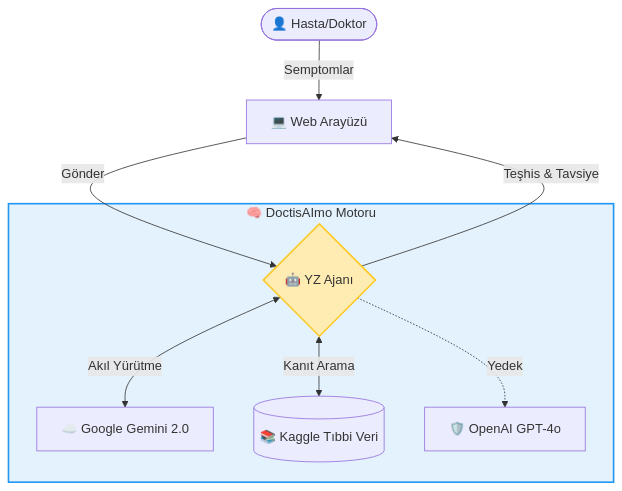
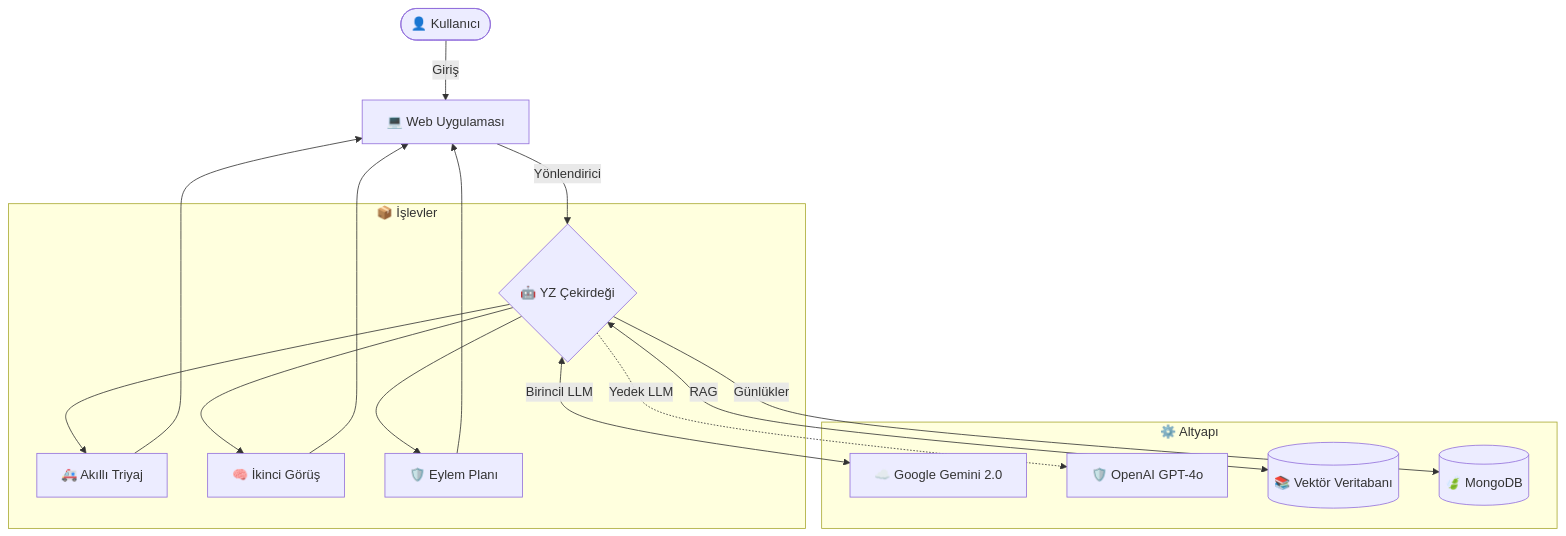
The eighth of 8 diagrams in README.md (Adam-Blf/Projet-IA-Generative-Doctis-AI-mo), drawn with Mermaid before and after one commit. The commit also changed other lines of this file, not shown here.

Commit message:
Docs: Center Align Header & Enhanced Dark-Mode Friendly Diagrams

````diff
--- a/README.md
+++ b/README.md
@@ -501,16 +523,20 @@
 ```mermaid
 graph TD
-    User([👤 Hasta/Doktor]) -->|Semptomlar| UI[💻 Web Arayüzü];
-    UI -->|Gönder| Agent{🤖 YZ Ajanı};
+    User([👤 Kullanıcı]) -->|Giriş| UI[💻 Web Uygulaması];
+    UI -->|Yönlendirici| Agent{🤖 YZ Çekirdeği};
     
-    subgraph Core [🧠 DoctisAImo Motoru]
-        Agent <-->|Akıl Yürütme| Gemini[☁️ Google Gemini 2.0];
-        Agent <-->|Kanıt Arama| RAG[(📚 Kaggle Tıbbi Veri)];
-        Agent -.->|Yedek| GPT[🛡️ OpenAI GPT-4o];
+    subgraph Modules [📦 İşlevler]
+        Agent --> Triage[🚑 Akıllı Triyaj];
+        Agent --> SecondOp[🧠 İkinci Görüş];
+        Agent --> Plan[🛡️ Eylem Planı];
+    end
+
+    subgraph Backend [⚙️ Altyapı]
+        Agent <-->|Birincil LLM| Gemini[☁️ Google Gemini 2.0];
+        Agent -.->|Yedek LLM| GPT[🛡️ OpenAI GPT-4o];
+        Agent <-->|RAG| DB[(📚 Vektör Veritabanı)];
+        Agent -->|Günlükler| Mongo[(🍃 MongoDB)];
     end
     
-    Agent -->|Teşhis & Tavsiye| UI;
-    
-    style Core fill:#e3f2fd,stroke:#2196f3,stroke-width:2px
-    style Agent fill:#ffecb3,stroke:#ffca28,stroke-width:2px
+    Triage & SecondOp & Plan --> UI;
 ```
````
